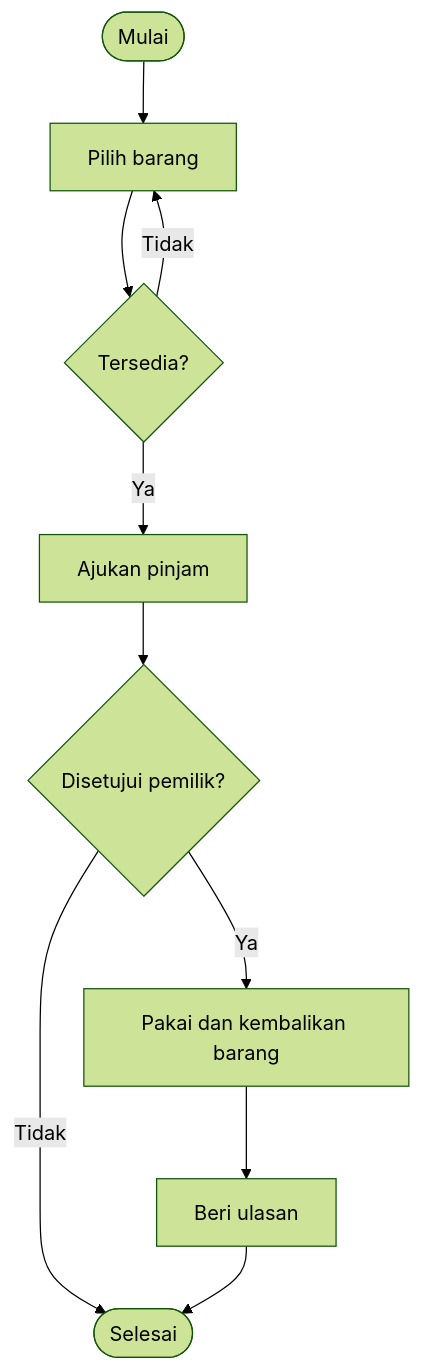
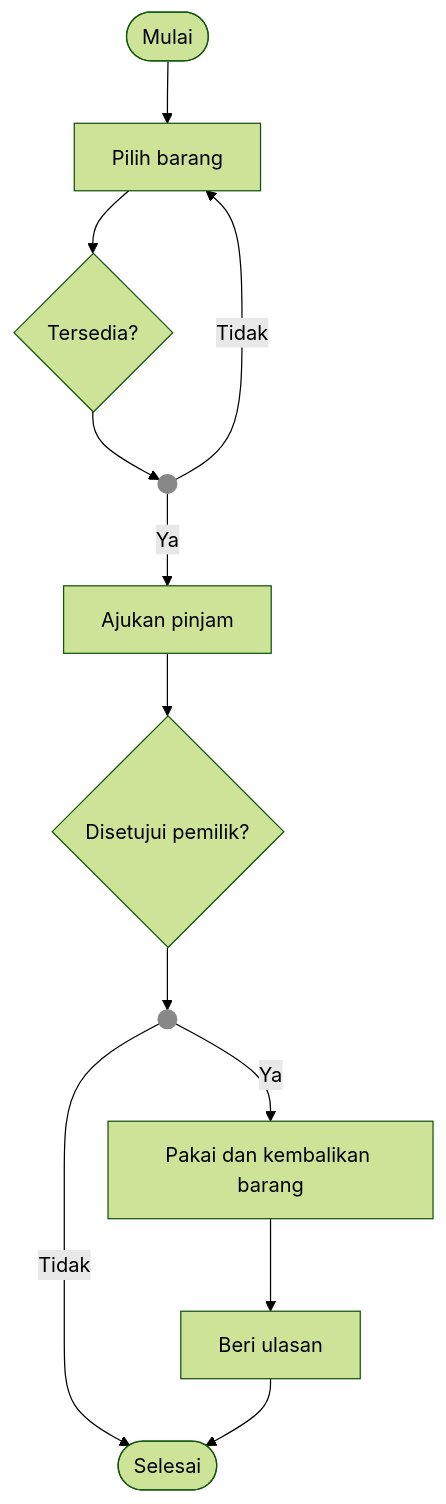
The second of 3 diagrams in sprint-1/flowchart.md (RPLUNIT052026/KELOMPOK-6---PinjamKuy), drawn with Mermaid (forest theme) before and after one commit. The commit also changed other lines of this file, not shown here.

````diff
--- a/sprint-1/flowchart.md
+++ b/sprint-1/flowchart.md
@@ -26,12 +26,17 @@
 ```mermaid
 flowchart TD
     A([Mulai]) --> B[Pilih barang]
     B --> C{Tersedia?}
-    C -- Tidak --> B
-    C -- Ya --> D[Ajukan pinjam]
+    C --> J1(( ))
+    J1 -- Ya --> D[Ajukan pinjam]
+    J1 -- Tidak --> B
     D --> E{Disetujui pemilik?}
-    E -- Tidak --> F([Selesai])
-    E -- Ya --> G[Pakai dan kembalikan barang]
+    E --> J2(( ))
+    J2 -- Ya --> G[Pakai dan kembalikan barang]
+    J2 -- Tidak --> F([Selesai])
     G --> H[Beri ulasan]
     H --> F
+
+    classDef dot width:8px,height:8px,fill:#888,stroke:#888
+    class J1,J2 dot
 ```
````
